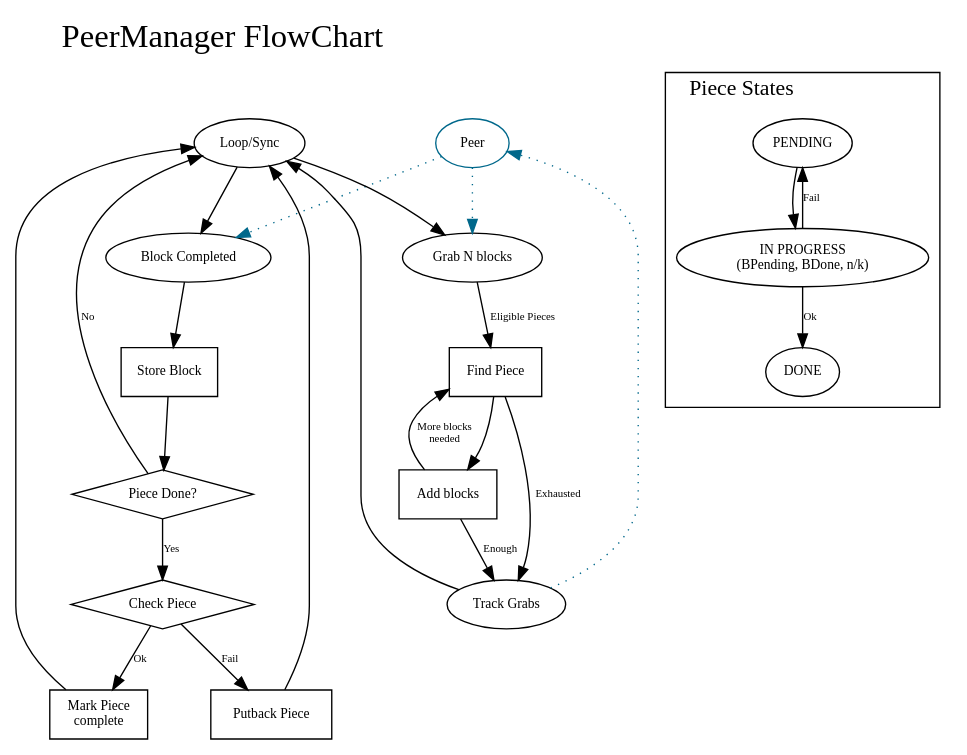
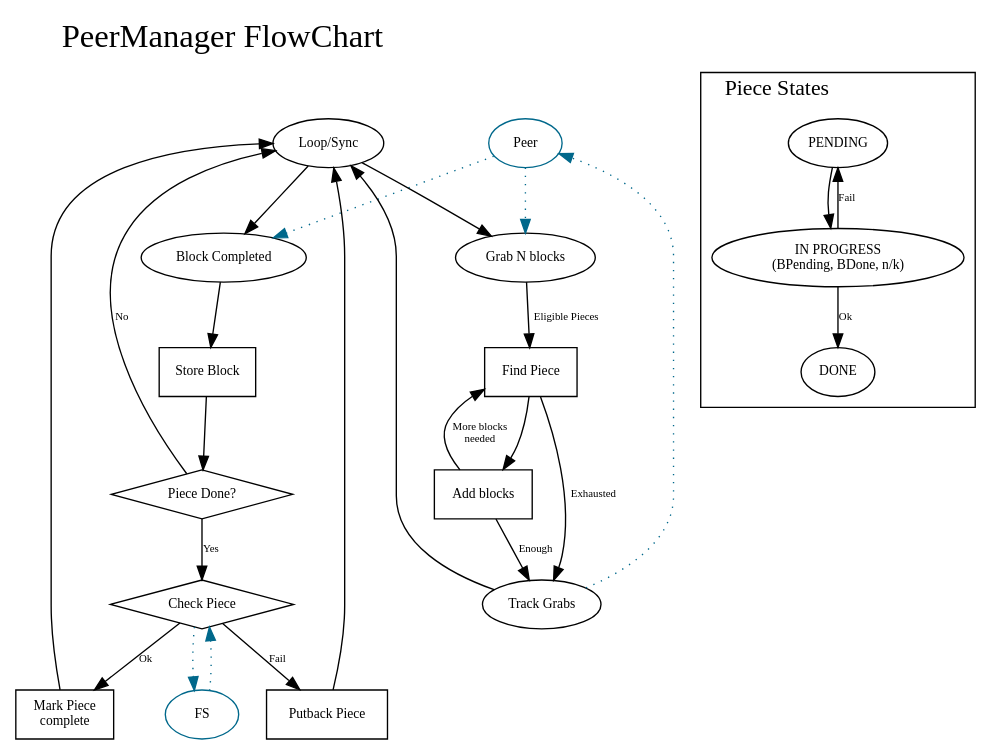
The diagram in doc/PeerManager.dot (jlouis/combinatorrent), drawn with Graphviz before and after one commit.

Commit message:
Add the FS process to the diagram.

```diff
--- a/doc/PeerManager.dot
+++ b/doc/PeerManager.dot
@@ -1,69 +1,74 @@
 digraph {
 	node [fontname="URW Gothic L",fontsize=10];
 	edge [fontname="URW Gothic L",fontsize=8];
 
 	labeljust = l;
 	labelloc = t;
 
 	fontsize = 24;
 	fontname="URW Gothic L";
 	label = "PeerManager FlowChart";
 
 
 	// External communication
 	{ rank=same;
 	  peer [label="Peer", shape=ellipse,color=deepskyblue4];
 	  loop [label="Loop/Sync"];
         }
 
+	fs [label="FS", shape=ellipse,color=deepskyblue4];
+	fs -> checkp [style=dotted,color=deepskyblue4];
+	checkp -> fs [style=dotted,color=deepskyblue4];
+
+	// Internal state changes
 	peer -> grab [style=dotted,color=deepskyblue4];
 	trackb -> peer [style=dotted,color=deepskyblue4];
 	peer -> blockc [style=dotted,color=deepskyblue4];
 
 	node [shape=box];
 
 	grab [label="Grab N blocks"];
 	findp [label="Find Piece"];
 	addb [label="Add blocks"];
 	trackb [label="Track Grabs"];
 
 	blockc [label="Block Completed"];
 	storeb [label="Store Block"];
 	pieced [label="Piece Done?", shape=diamond];
 	checkp [label="Check Piece", shape=diamond];
 	markc  [label="Mark Piece\ncomplete"];
 	putbackp [label="Putback Piece"];
 
 	loop -> blockc;
 	blockc -> storeb;
 	storeb -> pieced;
 	pieced -> loop [label="No"];
 	pieced -> checkp [label="Yes"];
 	checkp -> markc [label="Ok"];
 	markc -> loop;
 	checkp -> putbackp [label="Fail"];
 	putbackp -> loop;
 
 	loop -> grab;
 	grab -> findp [label="Eligible Pieces"];
 	findp -> addb;
 	findp -> trackb [label="Exhausted"];
 	addb -> findp [label="More blocks\nneeded"];
 	addb -> trackb [label="Enough"];
 	trackb -> loop;
 
 	subgraph cluster_piece_state {
 		 fontsize = 16;
 		 label = "Piece States";
 
 		 node [shape=ellipse];
 		 pending [label="PENDING"];
 		 in_progress [label="IN PROGRESS\n(BPending, BDone, n/k)"];
 		 done [label="DONE"];
 
 		 pending -> in_progress;
 		 in_progress -> pending [label="Fail"];
 		 in_progress -> done [label="Ok"];
 
 	}
 }
```
